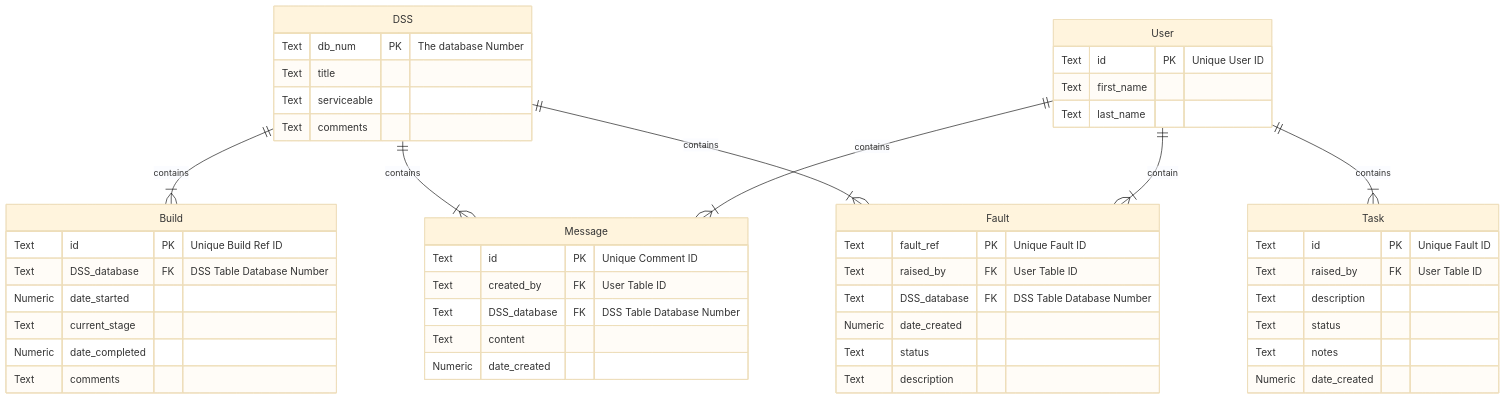
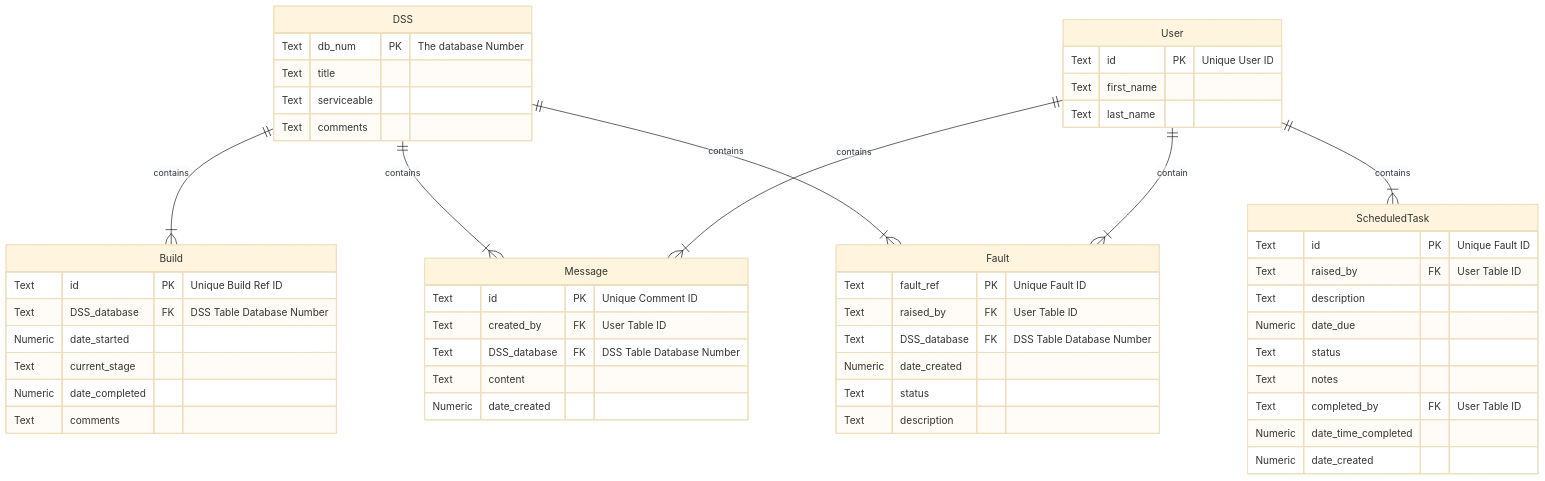
Before and after one commit to DaveM86/Status_Dashboard: the diagram in README.md, drawn with Mermaid (base theme). The commit also changed other lines of this file, not shown here.

````diff
--- a/README.md
+++ b/README.md
@@ -6,51 +7,54 @@
 ```mermaid
 erDiagram
     DSS ||--|{ Build: contains
     DSS ||--|{ Message: contains
     User ||--|{ Message: contains
     DSS ||--|{ Fault: contains
     User ||--|{ Fault: contain
-    User ||--|{ Task: contains
+    User ||--|{ ScheduledTask: contains
     DSS{
         Text db_num PK "The database Number"
         Text title
         Text serviceable
         Text comments
     }
     User{
         Text id PK "Unique User ID"
         Text first_name
         Text last_name     
     }
     Build {
         Text id PK "Unique Build Ref ID"
         Text DSS_database FK "DSS Table Database Number"
         Numeric date_started
         Text current_stage
         Numeric date_completed
         Text comments
     }
     Message {
         Text id PK "Unique Comment ID"
         Text created_by FK "User Table ID"
         Text DSS_database FK "DSS Table Database Number"
         Text content
         Numeric date_created
     }
     Fault {
         Text fault_ref PK "Unique Fault ID"
         Text raised_by FK "User Table ID"
         Text DSS_database FK "DSS Table Database Number"
         Numeric date_created
         Text status
         Text description
     }
-    Task {
+    ScheduledTask {
         Text id PK "Unique Fault ID"
         Text raised_by FK "User Table ID"
         Text description
+        Numeric date_due
         Text status
         Text notes
+        Text completed_by FK "User Table ID"
+        Numeric date_time_completed
         Numeric date_created
     }
 ```
````
